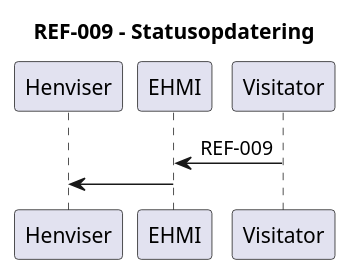
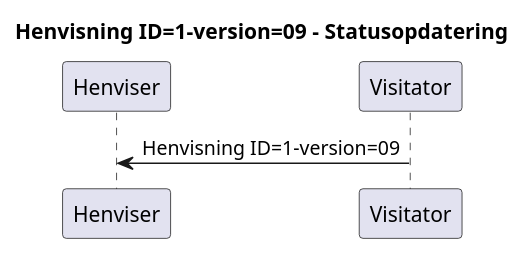
The ninth of 12 diagrams in input/plantuml/fhir-henvisning-messaging.puml (medcomdk/dk-medcom-ref-lm), drawn with PlantUML before and after one commit. The commit also changed other lines of this file and 15 other files, not shown here.

```diff
--- a/input/plantuml/fhir-henvisning-messaging.puml
+++ b/input/plantuml/fhir-henvisning-messaging.puml
@@ -81,9 +97,9 @@
 @startuml
 
- title REF-009 - Statusopdatering
+ title Henvisning ID=1-version=09 - Statusopdatering
  participant Henviser
- participant EHMI
  participant Visitator
-Visitator -> EHMI : REF-009
-EHMI -> Henviser
+
+Visitator -> Henviser : Henvisning ID=1-version=09
+
 @enduml
```
